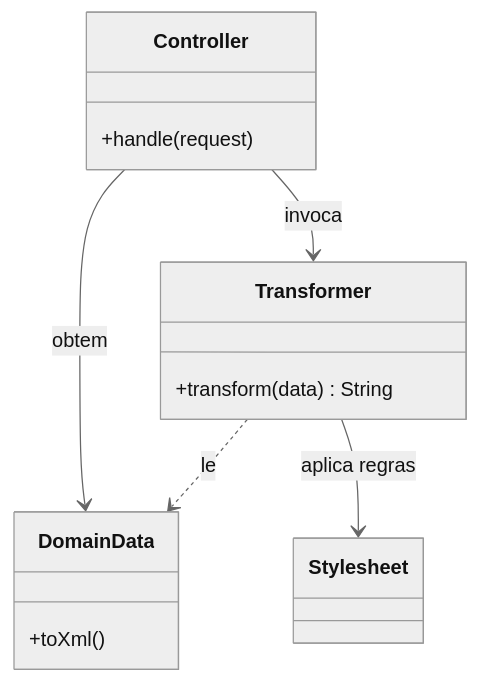
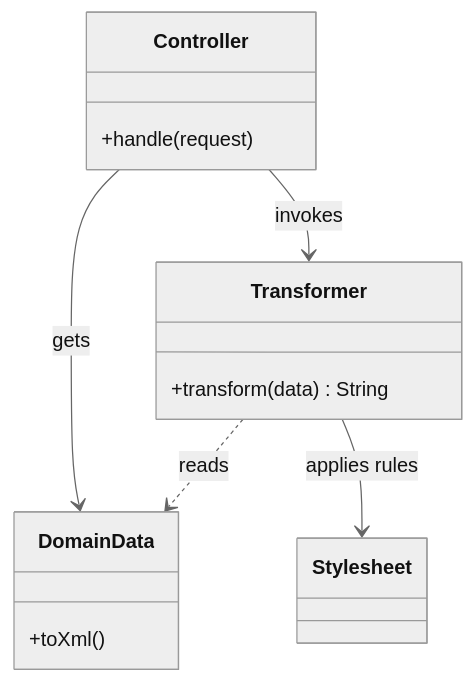
The diagram in docs/application/poeaa/web-presentation/transform-view.md (alancesar/design-patterns), drawn with Mermaid (neutral theme) before and after one commit. The commit also changed 258 other files, not shown here.

First line of the commit message:
Translate Mermaid diagrams to English

````diff
--- a/docs/application/poeaa/web-presentation/transform-view.md
+++ b/docs/application/poeaa/web-presentation/transform-view.md
@@ -53,17 +53,17 @@
 ```mermaid
 classDiagram
     class Controller {
         +handle(request)
     }
     class DomainData {
         +toXml()
     }
     class Transformer {
         +transform(data) String
     }
     class Stylesheet
-    Controller --> DomainData : obtem
-    Controller --> Transformer : invoca
-    Transformer --> Stylesheet : aplica regras
-    Transformer ..> DomainData : le
+    Controller --> DomainData : gets
+    Controller --> Transformer : invokes
+    Transformer --> Stylesheet : applies rules
+    Transformer ..> DomainData : reads
 ```
````
